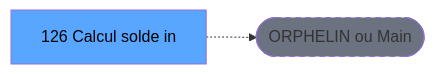
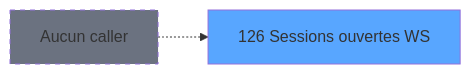
One commit to thonyAGP/magic-migration changed the second of 3 diagrams in .openspec/specs/ADH-IDE-126.md. Above: the diagram before and after it, drawn with Mermaid. The commit also changed other lines of this file and 311 other files, not shown here.

````diff
--- a/.openspec/specs/ADH-IDE-126.md
+++ b/.openspec/specs/ADH-IDE-126.md
@@ -127,8 +146,8 @@
 ```mermaid
 graph LR
-    T[126 Calcul solde in]
-    ORPHAN([ORPHELIN ou Main])
-    T -.-> ORPHAN
-    style T fill:#58a6ff,color:#000
-    style ORPHAN fill:#6b7280,stroke-dasharray: 5 5
+    T126[126 Sessions ouvertes WS]
+    style T126 fill:#58a6ff
+    NONE[Aucun caller]
+    NONE -.-> T126
+    style NONE fill:#6b7280,stroke-dasharray: 5 5
 ```
````
